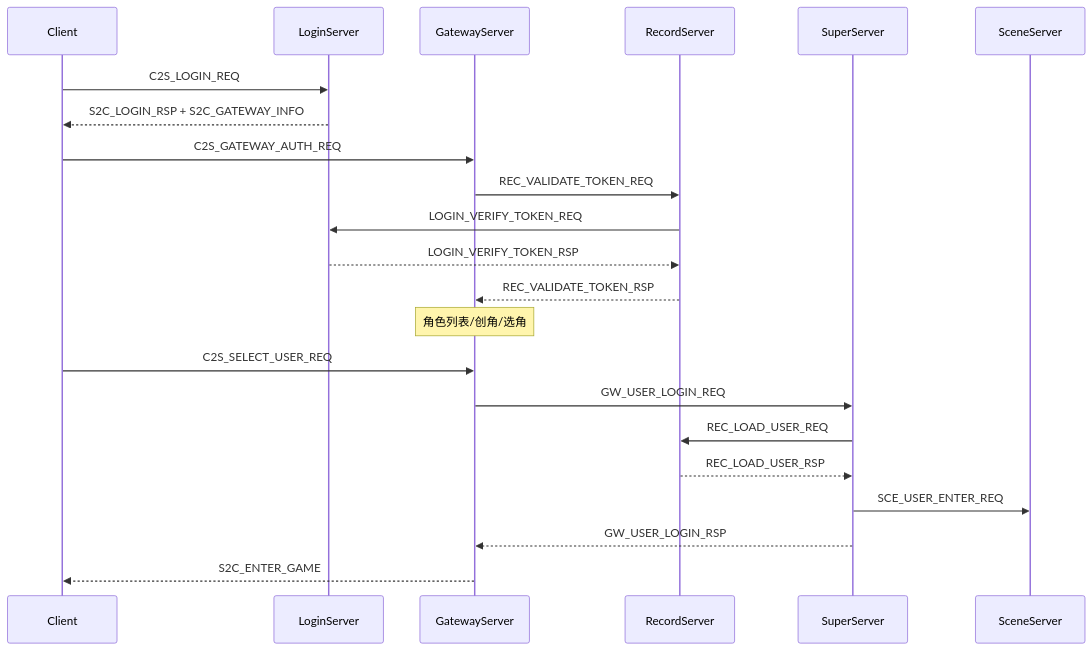
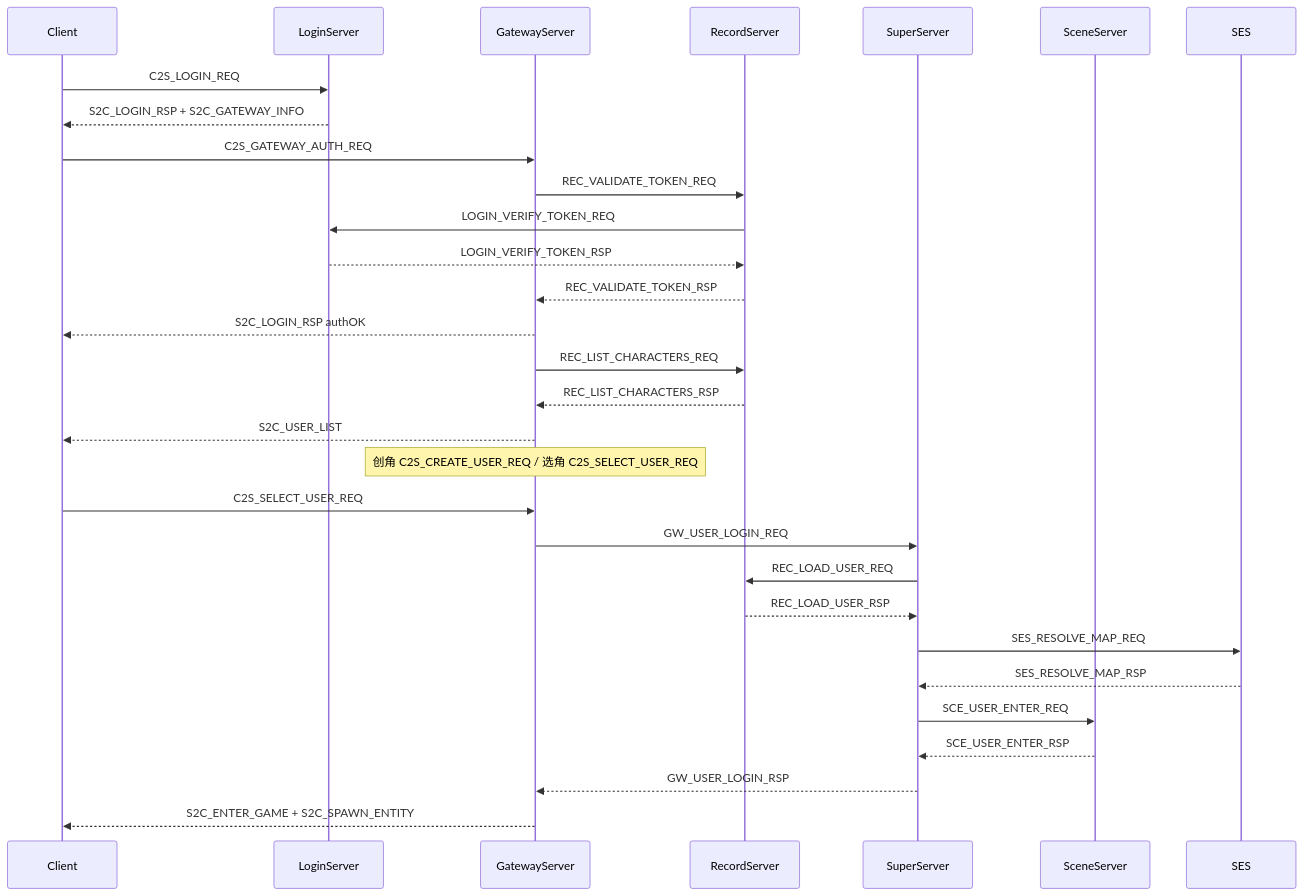
One commit to hechuangguo/RPG_Server changed the fifth of 6 diagrams in docs/ARCHITECTURE.md. Above: the diagram before and after it, drawn with Mermaid. The commit also changed other lines of this file and 39 other files, not shown here.

````diff
--- a/docs/ARCHITECTURE.md
+++ b/docs/ARCHITECTURE.md
@@ -391,25 +391,32 @@
 ```mermaid
 sequenceDiagram
     participant C as Client
     participant LS as LoginServer
     participant GW as GatewayServer
     participant REC as RecordServer
     participant SS as SuperServer
     participant SCE as SceneServer
 
     C->>LS: C2S_LOGIN_REQ
     LS-->>C: S2C_LOGIN_RSP + S2C_GATEWAY_INFO
     C->>GW: C2S_GATEWAY_AUTH_REQ
     GW->>REC: REC_VALIDATE_TOKEN_REQ
     REC->>LS: LOGIN_VERIFY_TOKEN_REQ
     LS-->>REC: LOGIN_VERIFY_TOKEN_RSP
     REC-->>GW: REC_VALIDATE_TOKEN_RSP
-    Note over GW: 角色列表/创角/选角
+    GW-->>C: S2C_LOGIN_RSP authOK
+    GW->>REC: REC_LIST_CHARACTERS_REQ
+    REC-->>GW: REC_LIST_CHARACTERS_RSP
+    GW-->>C: S2C_USER_LIST
+    Note over GW: 创角 C2S_CREATE_USER_REQ / 选角 C2S_SELECT_USER_REQ
     C->>GW: C2S_SELECT_USER_REQ
     GW->>SS: GW_USER_LOGIN_REQ
     SS->>REC: REC_LOAD_USER_REQ
     REC-->>SS: REC_LOAD_USER_RSP
+    SS->>SES: SES_RESOLVE_MAP_REQ
+    SES-->>SS: SES_RESOLVE_MAP_RSP
     SS->>SCE: SCE_USER_ENTER_REQ
+    SCE-->>SS: SCE_USER_ENTER_RSP
     SS-->>GW: GW_USER_LOGIN_RSP
-    GW-->>C: S2C_ENTER_GAME
+    GW-->>C: S2C_ENTER_GAME + S2C_SPAWN_ENTITY
 ```
````
